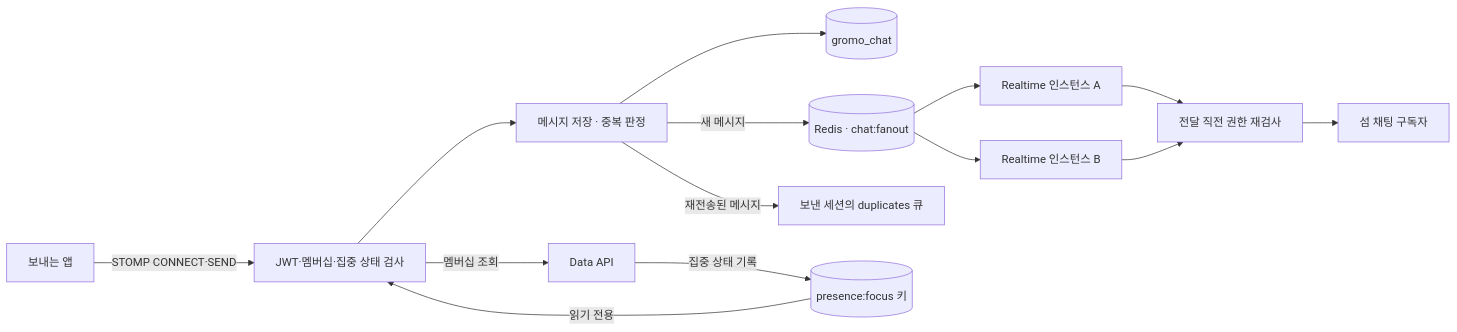
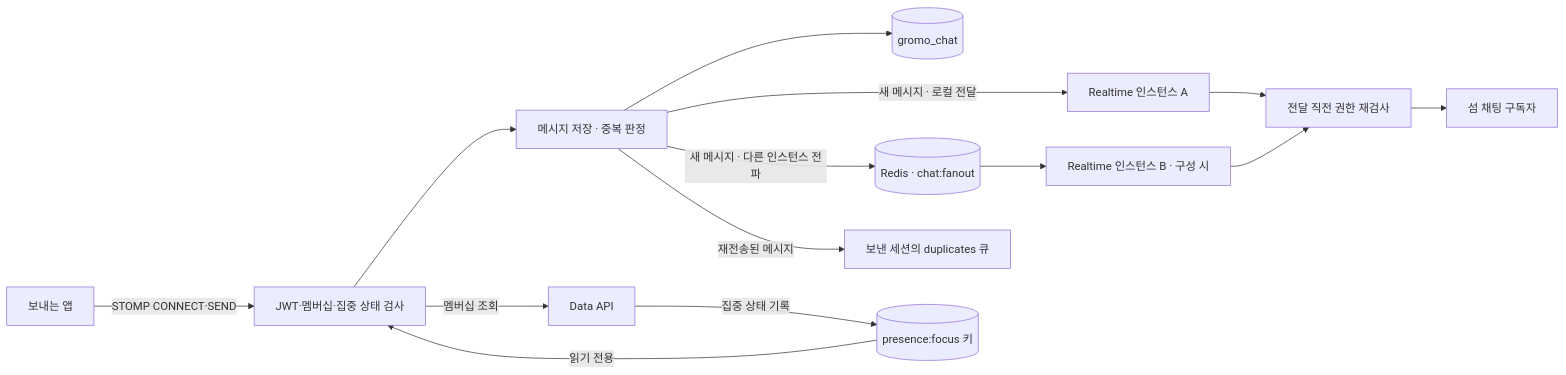
The diagram in server/realtime/README.md (OneOrThree/phone), drawn with Mermaid before and after one commit. The commit also changed other lines of this file and 4 other files, not shown here.

````diff
--- a/server/realtime/README.md
+++ b/server/realtime/README.md
@@ -15,16 +17,16 @@
 ```mermaid
 flowchart LR
   sender["보내는 앱"] -->|"STOMP CONNECT·SEND"| auth["JWT·멤버십·집중 상태 검사"]
   auth --> message["메시지 저장 · 중복 판정"]
   message --> db[("gromo_chat")]
-  message -->|"새 메시지"| redis[("Redis · chat:fanout")]
-  redis --> nodeA["Realtime 인스턴스 A"]
-  redis --> nodeB["Realtime 인스턴스 B"]
+  message -->|"새 메시지 · 로컬 전달"| nodeA["Realtime 인스턴스 A"]
+  message -->|"새 메시지 · 다른 인스턴스 전파"| redis[("Redis · chat:fanout")]
+  redis --> nodeB["Realtime 인스턴스 B · 구성 시"]
   nodeA --> outbound["전달 직전 권한 재검사"]
   nodeB --> outbound
   outbound --> receiver["섬 채팅 구독자"]
   message -->|"재전송된 메시지"| duplicate["보낸 세션의 duplicates 큐"]
   auth -->|"멤버십 조회"| data["Data API"]
   data -->|"집중 상태 기록"| presence[("presence:focus 키")]
   presence -->|"읽기 전용"| auth
 ```
````
